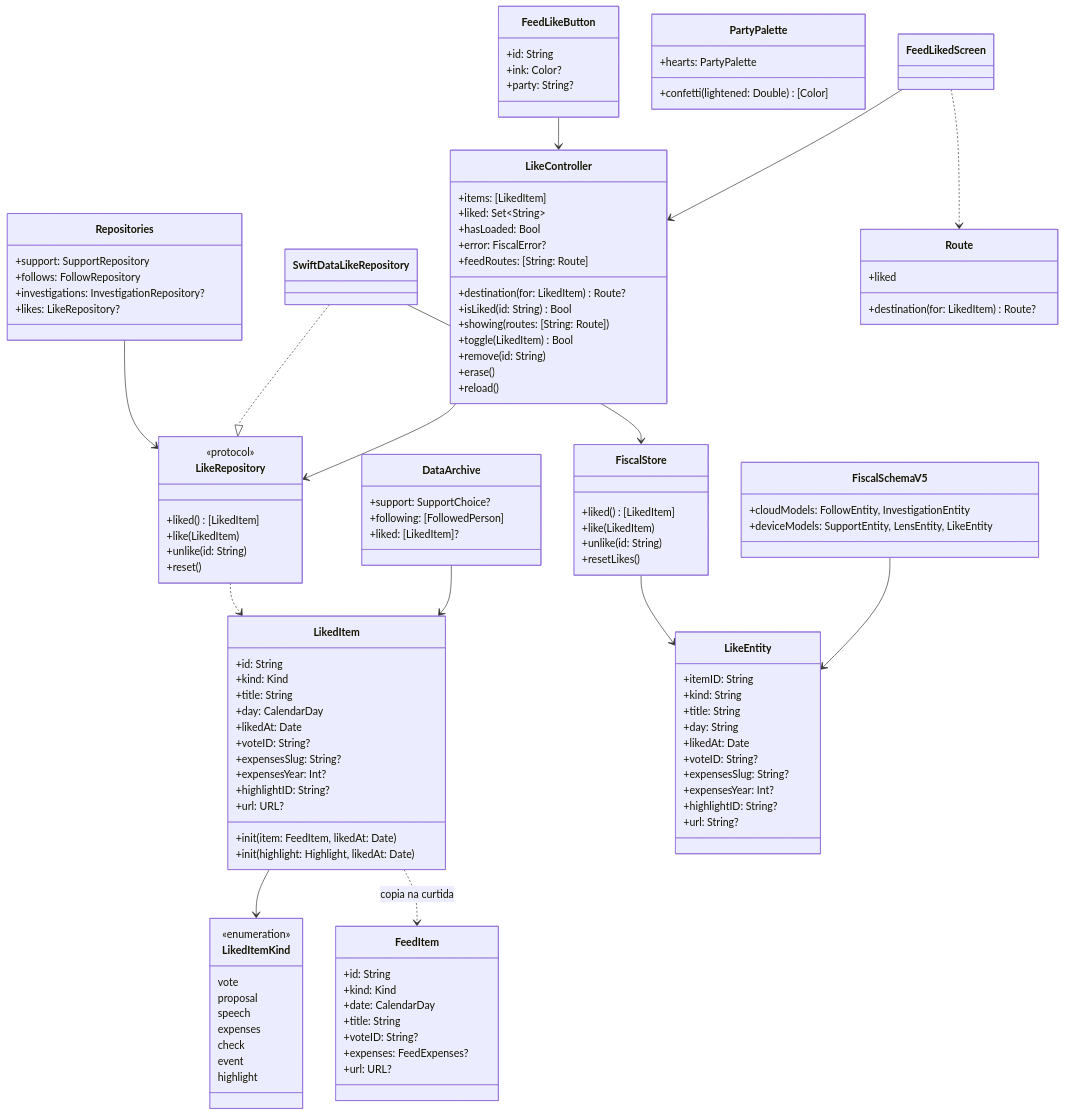
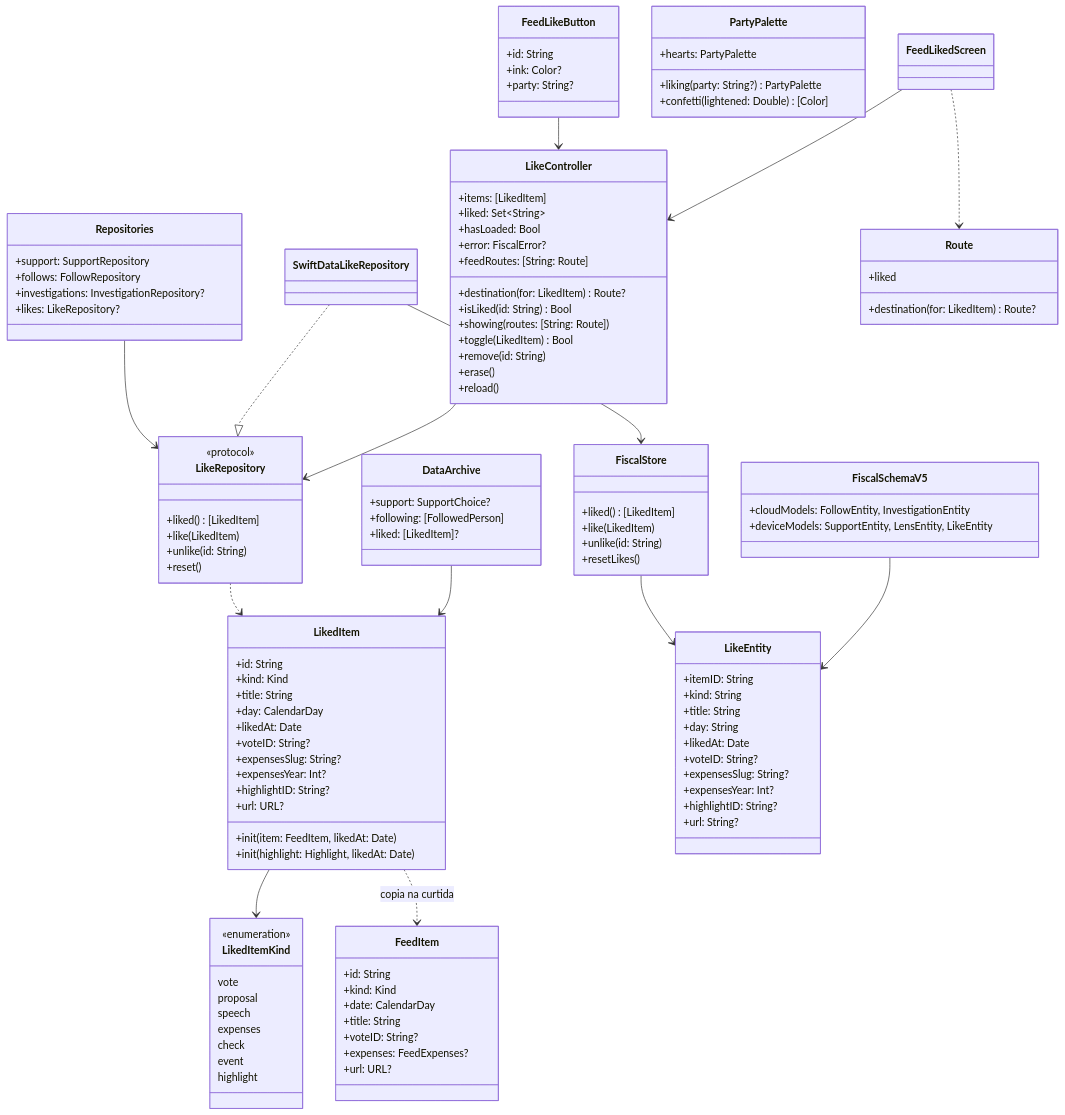
One commit to byescaleira/fiscal changed the diagram in spdd/prompt/FSC-024-202611061418-[Feat]-feed-like-with-ripple.md. Above: the diagram before and after it, drawn with Mermaid. The commit also changed other lines of this file and 7 other files, not shown here.

```diff
--- a/spdd/prompt/FSC-024-202611061418-[Feat]-feed-like-with-ripple.md
+++ b/spdd/prompt/FSC-024-202611061418-[Feat]-feed-like-with-ripple.md
@@ -169,6 +169,7 @@
     }
     class PartyPalette {
         +hearts: PartyPalette
+        +liking(party: String?) PartyPalette
         +confetti(lightened: Double) [Color]
     }
     class FeedLikedScreen
```
